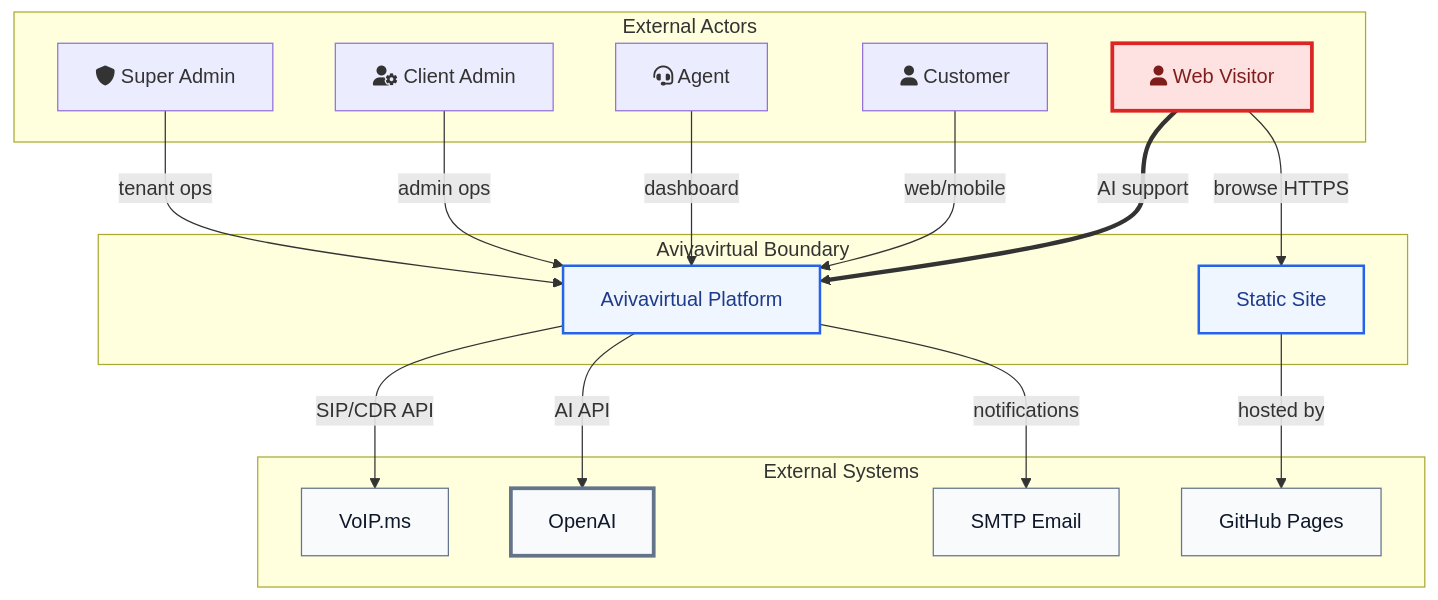
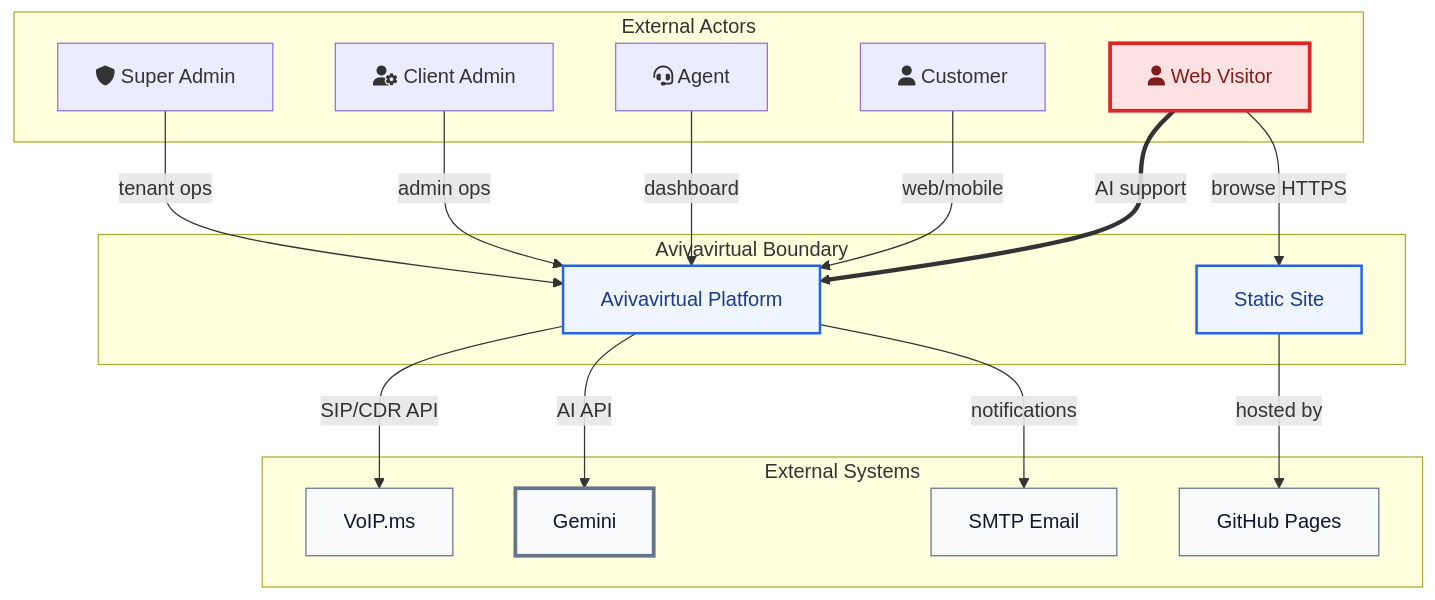
The second of 5 diagrams in README.md (avivavirtual/avivavirtual.github.io), drawn with Mermaid before and after one commit. The commit also changed other lines of this file and 9 other files, not shown here.

Commit message:
Replaced OPEN_API_key with GEMINI_API_KEY

````diff
--- a/README.md
+++ b/README.md
@@ -224,41 +224,41 @@
 ```mermaid
 flowchart TD
   classDef critical fill:#fee2e2,stroke:#dc2626,stroke-width:3px,color:#7f1d1d
   classDef boundary fill:#eff6ff,stroke:#2563eb,stroke-width:2px,color:#1e3a8a
   classDef external fill:#f8fafc,stroke:#64748b,color:#0f172a
 
   subgraph Actors["External Actors"]
     Visitor["fa:fa-user Web Visitor"]
     Customer["fa:fa-user Customer"]
     Agent["fa:fa-headset Agent"]
     ClientAdmin["fa:fa-user-gear Client Admin"]
     SuperAdmin["fa:fa-shield Super Admin"]
   end
 
   subgraph Boundary["Avivavirtual Boundary"]
     Platform["Avivavirtual Platform"]
     StaticSite["Static Site"]
   end
 
   subgraph External["External Systems"]
     VoIP["VoIP.ms"]
-    OpenAI["OpenAI"]
+    Gemini["Gemini"]
     SMTP["SMTP Email"]
     GitHubPages["GitHub Pages"]
   end
 
   Visitor ==>|AI support| Platform
   Customer -->|web/mobile| Platform
   Agent -->|dashboard| Platform
   ClientAdmin -->|admin ops| Platform
   SuperAdmin -->|tenant ops| Platform
   Visitor -->|browse HTTPS| StaticSite
   StaticSite -->|hosted by| GitHubPages
   Platform -->|SIP/CDR API| VoIP
-  Platform -->|AI API| OpenAI
+  Platform -->|AI API| Gemini
   Platform -->|notifications| SMTP
 
-  class Visitor,Platform,OpenAI critical
+  class Visitor,Platform,Gemini critical
   class Platform,StaticSite boundary
-  class VoIP,OpenAI,SMTP,GitHubPages external
+  class VoIP,Gemini,SMTP,GitHubPages external
 ```
````
